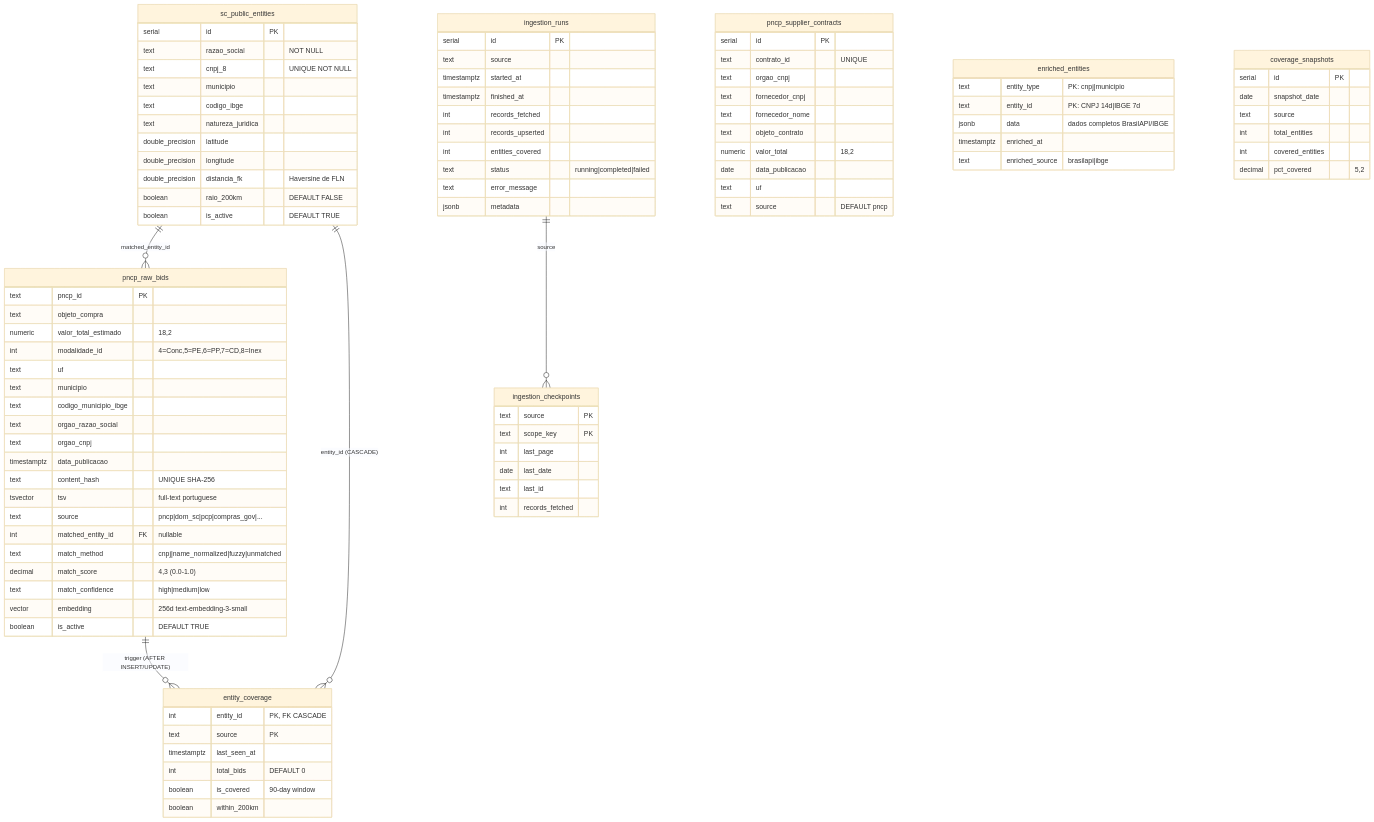
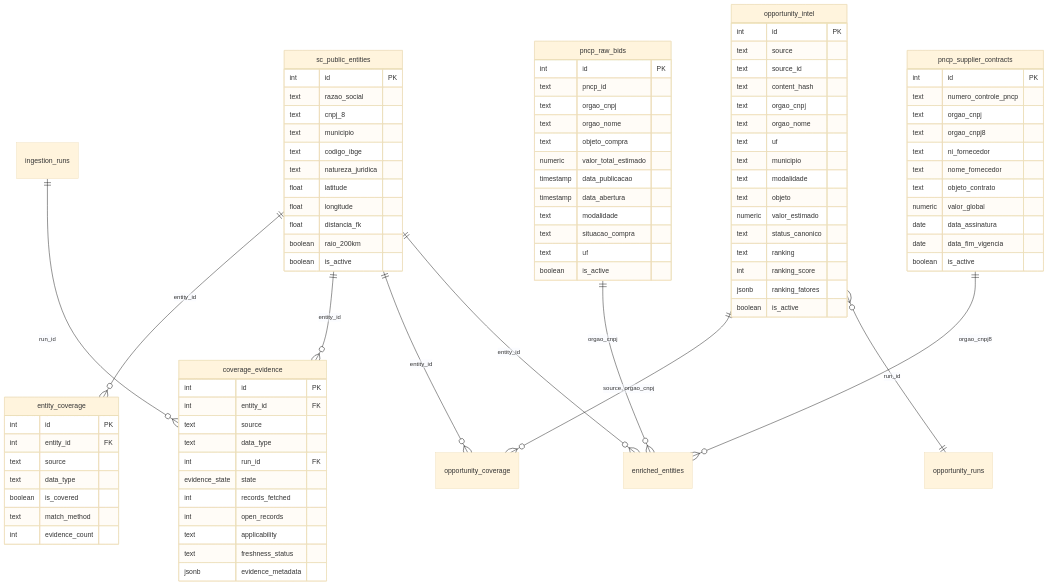
Before and after one commit to tjsasakifln/extra-cli: the first of 3 diagrams in _reversa_sdd/flowcharts/db.md, drawn with Mermaid (base theme). The commit also changed other lines of this file and 180 other files, not shown here.

````diff
--- a/_reversa_sdd/flowcharts/db.md
+++ b/_reversa_sdd/flowcharts/db.md
@@ -9,104 +7,101 @@
 ```mermaid
 erDiagram
-    sc_public_entities ||--o{ pncp_raw_bids : "matched_entity_id"
-    sc_public_entities ||--o{ entity_coverage : "entity_id (CASCADE)"
-    pncp_raw_bids ||--o{ entity_coverage : "trigger (AFTER INSERT/UPDATE)"
-    ingestion_runs ||--o{ ingestion_checkpoints : "source"
+    sc_public_entities ||--o{ entity_coverage : "entity_id"
+    sc_public_entities ||--o{ coverage_evidence : "entity_id"
+    sc_public_entities ||--o{ opportunity_coverage : "entity_id"
+    sc_public_entities ||--o{ enriched_entities : "entity_id"
+
+    pncp_raw_bids ||--o{ enriched_entities : "orgao_cnpj"
+    pncp_supplier_contracts ||--o{ enriched_entities : "orgao_cnpj8"
+
+    opportunity_intel ||--o{ opportunity_coverage : "source, orgao_cnpj"
+    opportunity_intel }o--|| opportunity_runs : "run_id"
+
+    ingestion_runs ||--o{ coverage_evidence : "run_id"
 
     sc_public_entities {
-        serial id PK
-        text razao_social "NOT NULL"
-        text cnpj_8 "UNIQUE NOT NULL"
+        int id PK
+        text razao_social
+        text cnpj_8
         text municipio
         text codigo_ibge
         text natureza_juridica
-        double_precision latitude
-        double_precision longitude
-        double_precision distancia_fk "Haversine de FLN"
-        boolean raio_200km "DEFAULT FALSE"
-        boolean is_active "DEFAULT TRUE"
+        float latitude
+        float longitude
+        float distancia_fk
+        boolean raio_200km
+        boolean is_active
     }
 
     pncp_raw_bids {
-        text pncp_id PK
+        int id PK
+        text pncp_id
+        text orgao_cnpj
+        text orgao_nome
         text objeto_compra
-        numeric valor_total_estimado "18,2"
-        int modalidade_id "4=Conc,5=PE,6=PP,7=CD,8=Inex"
+        numeric valor_total_estimado
+        timestamp data_publicacao
+        timestamp data_abertura
+        text modalidade
+        text situacao_compra
         text uf
-        text municipio
-        text codigo_municipio_ibge
-        text orgao_razao_social
-        text orgao_cnpj
-        timestamptz data_publicacao
-        text content_hash "UNIQUE SHA-256"
-        tsvector tsv "full-text portuguese"
-        text source "pncp|dom_sc|pcp|compras_gov|..."
-        int matched_entity_id FK "nullable"
-        text match_method "cnpj|name_normalized|fuzzy|unmatched"
-        decimal match_score "4,3 (0.0-1.0)"
-        text match_confidence "high|medium|low"
-        vector embedding "256d text-embedding-3-small"
-        boolean is_active "DEFAULT TRUE"
+        boolean is_active
     }
 
     pncp_supplier_contracts {
-        serial id PK
-        text contrato_id "UNIQUE"
+        int id PK
+        text numero_controle_pncp
         text orgao_cnpj
-        text fornecedor_cnpj
-        text fornecedor_nome
+        text orgao_cnpj8
+        text ni_fornecedor
+        text nome_fornecedor
         text objeto_contrato
-        numeric valor_total "18,2"
-        date data_publicacao
-        text uf
-        text source "DEFAULT pncp"
+        numeric valor_global
+        date data_assinatura
+        date data_fim_vigencia
+        boolean is_active
     }
 
-    enriched_entities {
-        text entity_type "PK: cnpj|municipio"
-        text entity_id "PK: CNPJ 14d|IBGE 7d"
-        jsonb data "dados completos BrasilAPI/IBGE"
-        timestamptz enriched_at
-        text enriched_source "brasilapi|ibge"
+    opportunity_intel {
+        int id PK
+        text source
+        text source_id
+        text content_hash
+        text orgao_cnpj
+        text orgao_nome
+        text uf
+        text municipio
+        text modalidade
+        text objeto
+        numeric valor_estimado
+        text status_canonico
+        text ranking
+        int ranking_score
+        jsonb ranking_fatores
+        boolean is_active
+    }
+
+    coverage_evidence {
+        int id PK
+        int entity_id FK
+        text source
+        text data_type
+        int run_id FK
+        evidence_state state
+        int records_fetched
+        int open_records
+        text applicability
+        text freshness_status
+        jsonb evidence_metadata
     }
 
     entity_coverage {
-        int entity_id "PK, FK CASCADE"
-        text source "PK"
-        timestamptz last_seen_at
-        int total_bids "DEFAULT 0"
-        boolean is_covered "90-day window"
-        boolean within_200km
-    }
-
-    coverage_snapshots {
-        serial id PK
-        date snapshot_date
+        int id PK
+        int entity_id FK
         text source
-        int total_entities
-        int covered_entities
-        decimal pct_covered "5,2"
-    }
-
-    ingestion_checkpoints {
-        text source "PK"
-        text scope_key "PK"
-        int last_page
-        date last_date
-        text last_id
-        int records_fetched
-    }
-
-    ingestion_runs {
-        serial id PK
-        text source
-        timestamptz started_at
-        timestamptz finished_at
-        int records_fetched
-        int records_upserted
-        int entities_covered
-        text status "running|completed|failed"
-        text error_message
-        jsonb metadata
+        text data_type
+        boolean is_covered
+        text match_method
+        int evidence_count
     }
 ```
````
